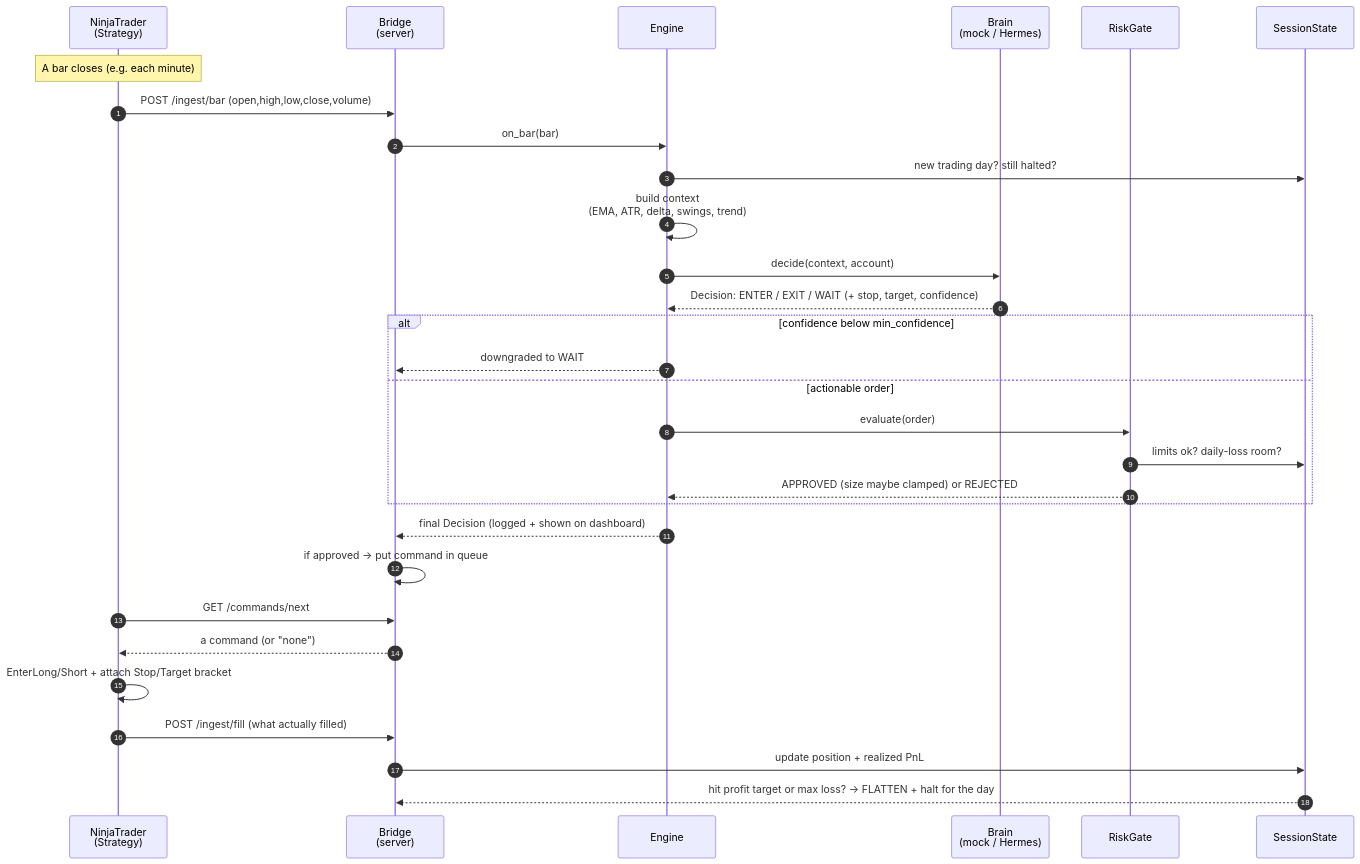
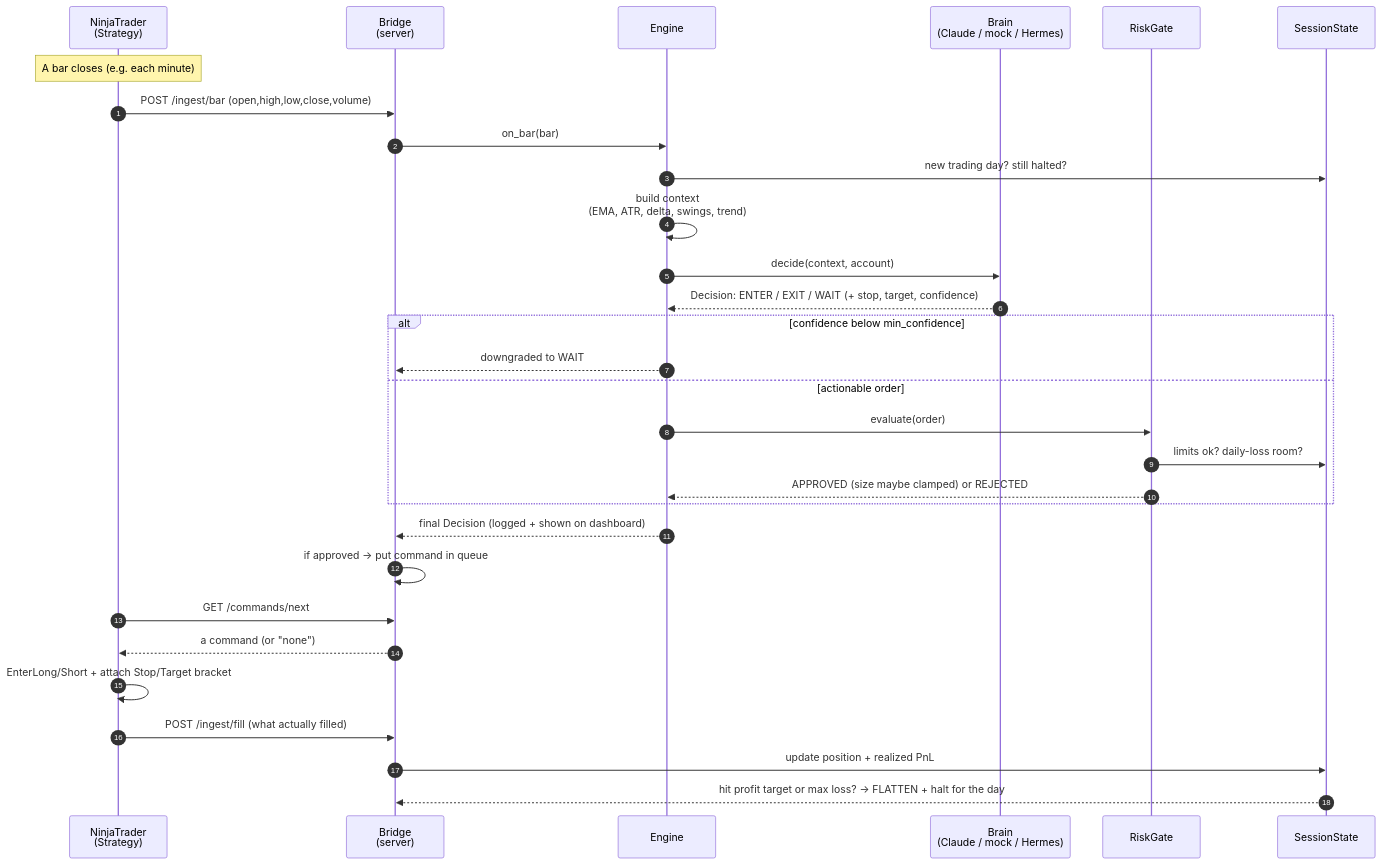
The second of 3 diagrams in docs/WALKTHROUGH.md (rrhodeswebdev/hermes-agent-nt), drawn with Mermaid before and after one commit. The commit also changed other lines of this file and 49 other files, not shown here.

````diff
--- a/docs/WALKTHROUGH.md
+++ b/docs/WALKTHROUGH.md
@@ -83,36 +84,36 @@
 ```mermaid
 sequenceDiagram
     autonumber
     participant NT as NinjaTrader<br/>(Strategy)
     participant BR as Bridge<br/>(server)
     participant EN as Engine
-    participant BN as Brain<br/>(mock / Hermes)
+    participant BN as Brain<br/>(Claude / mock / Hermes)
     participant RG as RiskGate
     participant SS as SessionState
 
     Note over NT: A bar closes (e.g. each minute)
     NT->>BR: POST /ingest/bar  (open,high,low,close,volume)
     BR->>EN: on_bar(bar)
     EN->>SS: new trading day? still halted?
     EN->>EN: build context<br/>(EMA, ATR, delta, swings, trend)
     EN->>BN: decide(context, account)
     BN-->>EN: Decision: ENTER / EXIT / WAIT (+ stop, target, confidence)
 
     alt confidence below min_confidence
         EN-->>BR: downgraded to WAIT
     else actionable order
         EN->>RG: evaluate(order)
         RG->>SS: limits ok? daily-loss room?
         RG-->>EN: APPROVED (size maybe clamped) or REJECTED
     end
 
     EN-->>BR: final Decision (logged + shown on dashboard)
     BR->>BR: if approved → put command in queue
 
     NT->>BR: GET /commands/next
     BR-->>NT: a command (or "none")
     NT->>NT: EnterLong/Short + attach Stop/Target bracket
     NT->>BR: POST /ingest/fill  (what actually filled)
     BR->>SS: update position + realized PnL
     SS-->>BR: hit profit target or max loss? → FLATTEN + halt for the day
 ```
````
